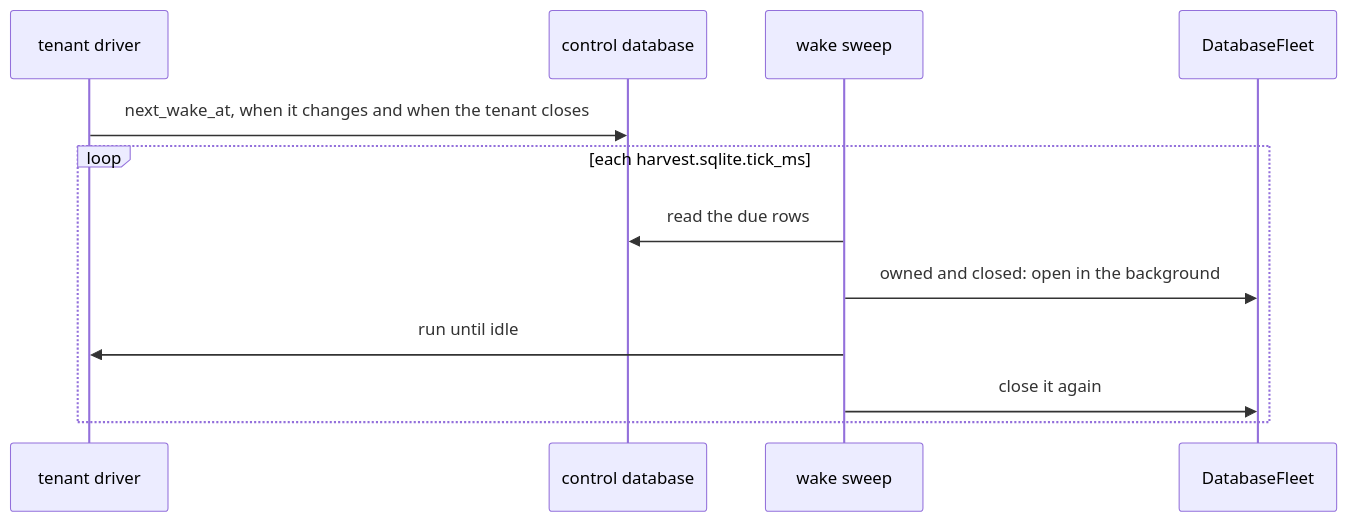
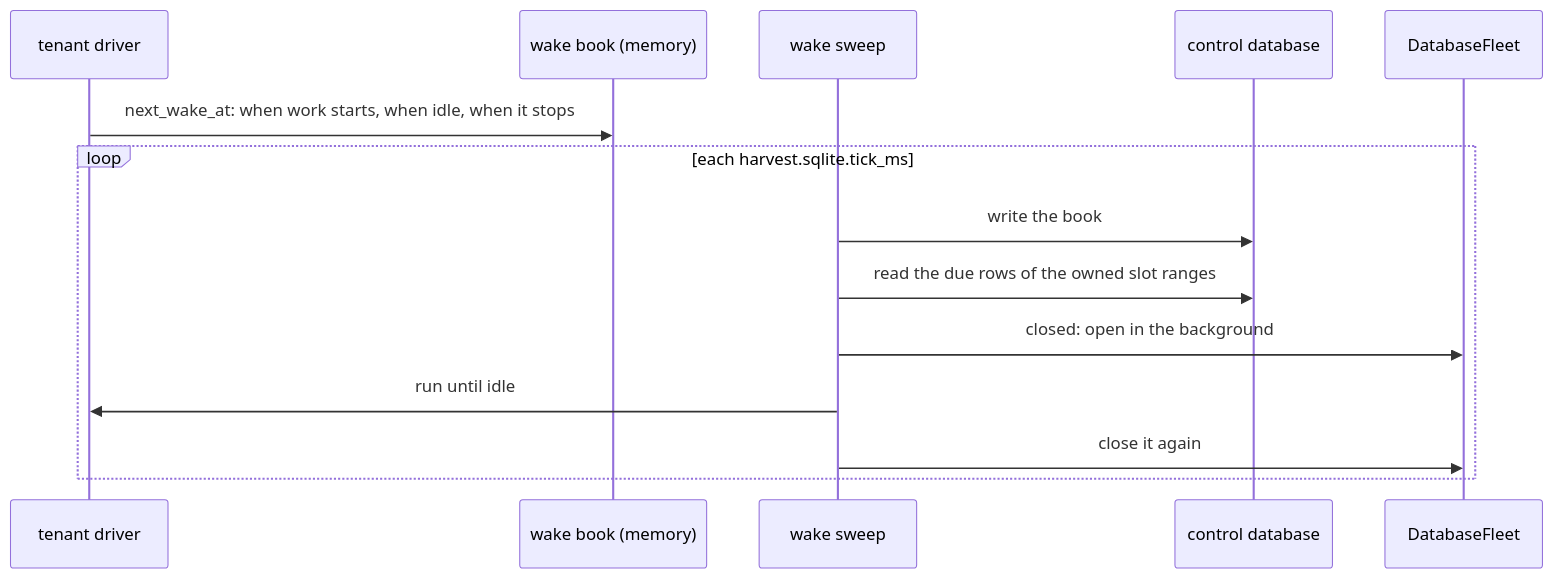
One commit to autumn-foundation/autumn-harvest changed the second of 4 diagrams in docs/sqlite-plugin.md. Above: the diagram before and after it, drawn with Mermaid. The commit also changed other lines of this file and 11 other files, not shown here.

First line of the commit message:
fix(sqlite-plugin): address the wake sweep review findings

````diff
--- a/docs/sqlite-plugin.md
+++ b/docs/sqlite-plugin.md
@@ -228,14 +228,16 @@
 ```mermaid
 sequenceDiagram
     participant D as tenant driver
+    participant B as wake book (memory)
+    participant S as wake sweep
     participant C as control database
-    participant S as wake sweep
     participant F as DatabaseFleet
-    D->>C: next_wake_at, when it changes and when the tenant closes
+    D->>B: next_wake_at: when work starts, when idle, when it stops
     loop each harvest.sqlite.tick_ms
-        S->>C: read the due rows
-        S->>F: owned and closed: open in the background
+        S->>C: write the book
+        S->>C: read the due rows of the owned slot ranges
+        S->>F: closed: open in the background
         S->>D: run until idle
         S->>F: close it again
     end
 ```
````
